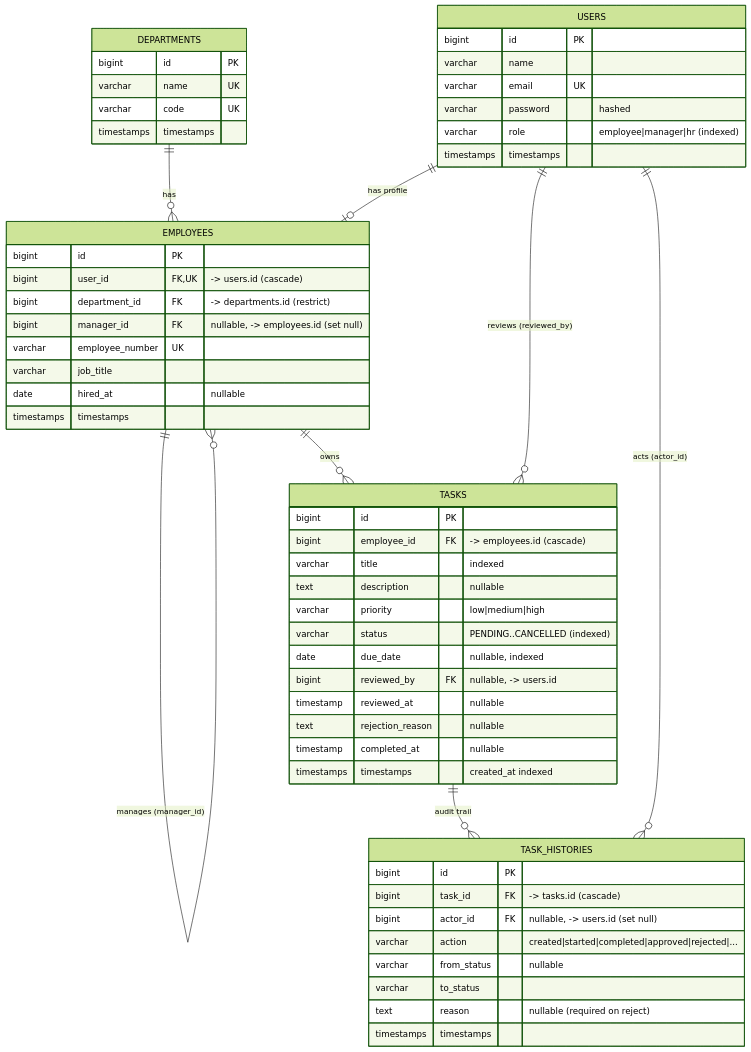
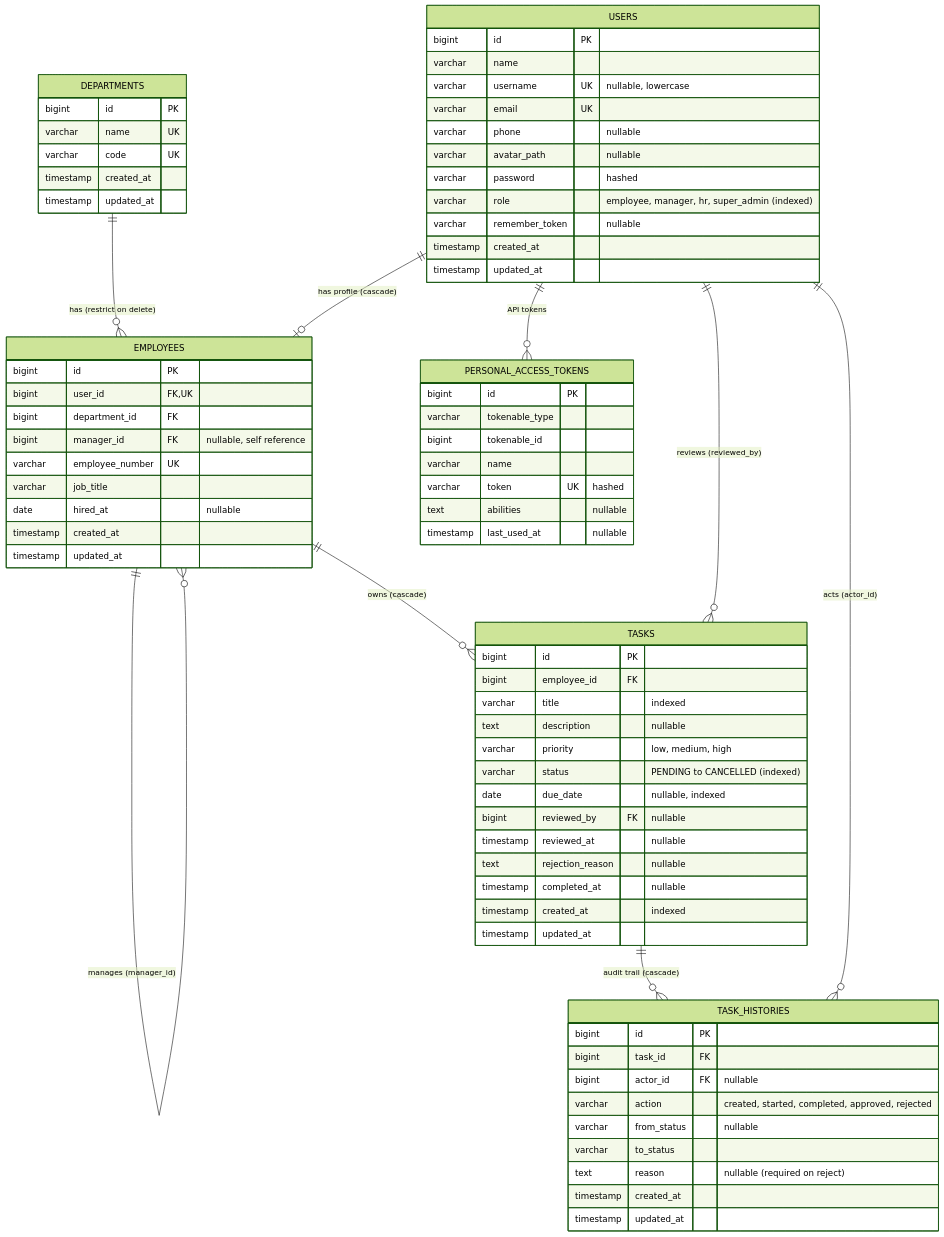
Before and after one commit to HadiDandash02/EMS: the diagram in docs/ERD.md, drawn with Mermaid (forest theme). The commit also changed other lines of this file and 6 other files, not shown here.

Commit message:
Draw the ERD as a real image (PNG + SVG), update it to the real schema, embed in README and docs

````diff
--- a/docs/ERD.md
+++ b/docs/ERD.md
@@ -5,59 +12,78 @@
 ```mermaid
 erDiagram
-    DEPARTMENTS ||--o{ EMPLOYEES : "has"
-    USERS ||--o| EMPLOYEES : "has profile"
+    DEPARTMENTS ||--o{ EMPLOYEES : "has (restrict on delete)"
+    USERS ||--o| EMPLOYEES : "has profile (cascade)"
     EMPLOYEES ||--o{ EMPLOYEES : "manages (manager_id)"
-    EMPLOYEES ||--o{ TASKS : "owns"
-    TASKS ||--o{ TASK_HISTORIES : "audit trail"
+    EMPLOYEES ||--o{ TASKS : "owns (cascade)"
+    TASKS ||--o{ TASK_HISTORIES : "audit trail (cascade)"
     USERS ||--o{ TASK_HISTORIES : "acts (actor_id)"
     USERS ||--o{ TASKS : "reviews (reviewed_by)"
+    USERS ||--o{ PERSONAL_ACCESS_TOKENS : "API tokens"
 
     DEPARTMENTS {
         bigint id PK
         varchar name UK
         varchar code UK
-        timestamps timestamps
+        timestamp created_at
+        timestamp updated_at
     }
     USERS {
         bigint id PK
         varchar name
+        varchar username UK "nullable, lowercase"
         varchar email UK
+        varchar phone "nullable"
+        varchar avatar_path "nullable"
         varchar password "hashed"
-        varchar role "employee|manager|hr  (indexed)"
-        timestamps timestamps
+        varchar role "employee, manager, hr, super_admin (indexed)"
+        varchar remember_token "nullable"
+        timestamp created_at
+        timestamp updated_at
     }
     EMPLOYEES {
         bigint id PK
-        bigint user_id FK,UK "-> users.id (cascade)"
-        bigint department_id FK "-> departments.id (restrict)"
-        bigint manager_id FK "nullable, -> employees.id (set null)"
+        bigint user_id FK, UK
+        bigint department_id FK
+        bigint manager_id FK "nullable, self reference"
         varchar employee_number UK
         varchar job_title
         date hired_at "nullable"
-        timestamps timestamps
+        timestamp created_at
+        timestamp updated_at
     }
     TASKS {
         bigint id PK
-        bigint employee_id FK "-> employees.id (cascade)"
+        bigint employee_id FK
         varchar title "indexed"
         text description "nullable"
-        varchar priority "low|medium|high"
-        varchar status "PENDING..CANCELLED (indexed)"
+        varchar priority "low, medium, high"
+        varchar status "PENDING to CANCELLED (indexed)"
         date due_date "nullable, indexed"
-        bigint reviewed_by FK "nullable, -> users.id"
+        bigint reviewed_by FK "nullable"
         timestamp reviewed_at "nullable"
         text rejection_reason "nullable"
         timestamp completed_at "nullable"
-        timestamps timestamps "created_at indexed"
+        timestamp created_at "indexed"
+        timestamp updated_at
     }
     TASK_HISTORIES {
         bigint id PK
-        bigint task_id FK "-> tasks.id (cascade)"
-        bigint actor_id FK "nullable, -> users.id (set null)"
-        varchar action "created|started|completed|approved|rejected|..."
+        bigint task_id FK
+        bigint actor_id FK "nullable"
+        varchar action "created, started, completed, approved, rejected"
         varchar from_status "nullable"
         varchar to_status
         text reason "nullable (required on reject)"
-        timestamps timestamps
+        timestamp created_at
+        timestamp updated_at
+    }
+    PERSONAL_ACCESS_TOKENS {
+        bigint id PK
+        varchar tokenable_type
+        bigint tokenable_id
+        varchar name
+        varchar token UK "hashed"
+        text abilities "nullable"
+        timestamp last_used_at "nullable"
     }
 ```
````
